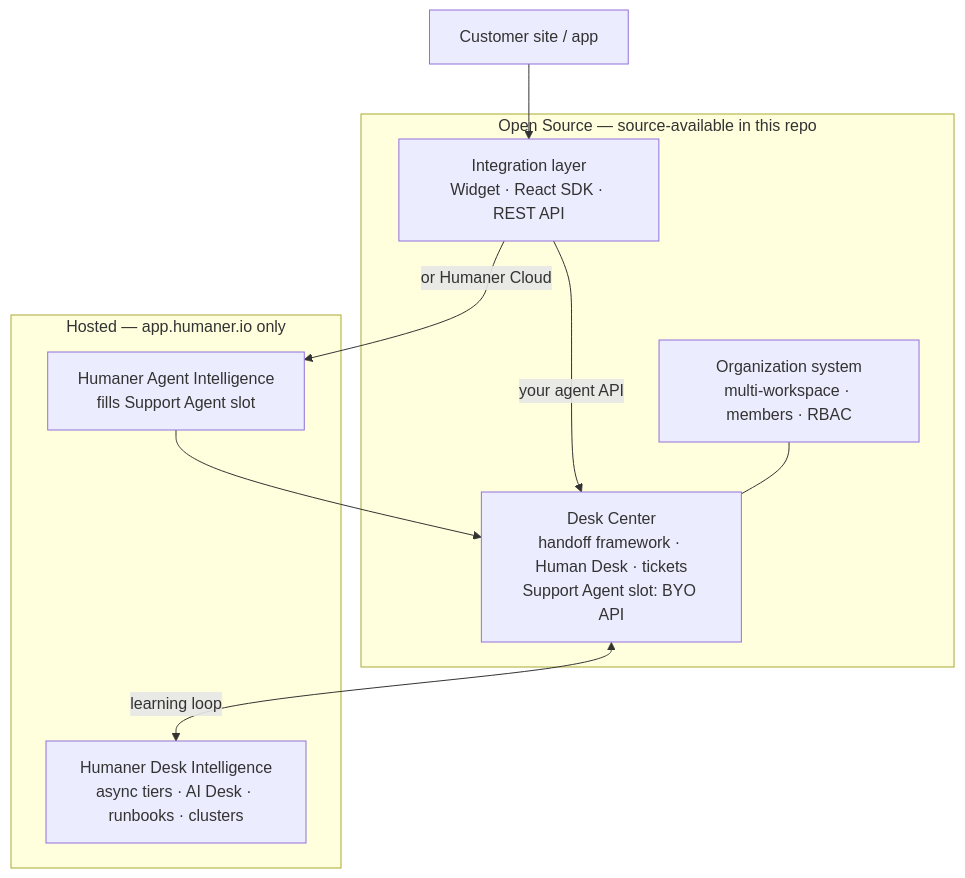
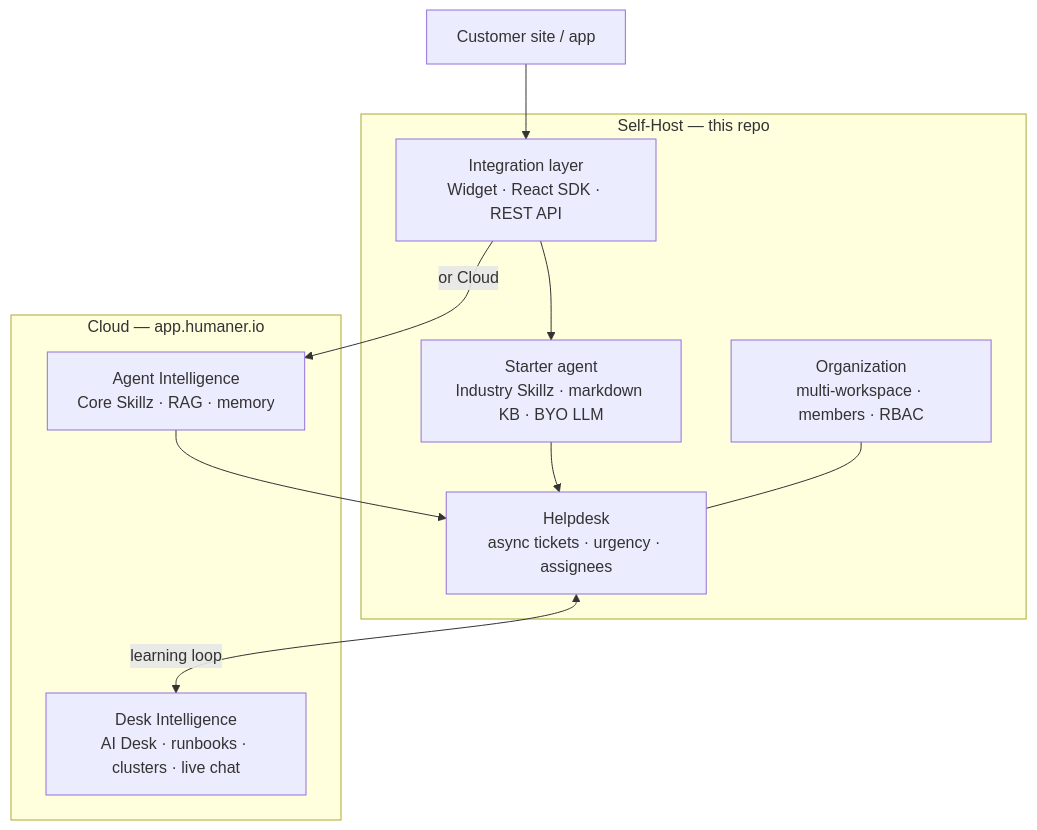
Before and after one commit to Humaner-inc/Humaner: the diagram in README.md, drawn with Mermaid. The commit also changed other lines of this file and 11 other files, not shown here.

Commit message:
self-hosted

````diff
--- a/README.md
+++ b/README.md
@@ -33,22 +35,24 @@
 ```mermaid
 flowchart TB
   SITE[Customer site / app]
 
-  subgraph OSS["Open Source — source-available in this repo"]
+  subgraph SH["Self-Host — this repo"]
     INT["Integration layer<br/>Widget · React SDK · REST API"]
-    ORG["Organization system<br/>multi-workspace · members · RBAC"]
-    DC["Desk Center<br/>handoff framework · Human Desk · tickets<br/>Support Agent slot: BYO API"]
+    ORG["Organization<br/>multi-workspace · members · RBAC"]
+    SA["Starter agent<br/>Industry Skillz · markdown KB · BYO LLM"]
+    HD["Helpdesk<br/>async tickets · urgency · assignees"]
   end
 
-  subgraph HOSTED["Hosted — app.humaner.io only"]
-    HAI["Humaner Agent Intelligence<br/>fills Support Agent slot"]
-    HDI["Humaner Desk Intelligence<br/>async tiers · AI Desk · runbooks · clusters"]
+  subgraph HOSTED["Cloud — app.humaner.io"]
+    HAI["Agent Intelligence<br/>Core Skillz · RAG · memory"]
+    HDI["Desk Intelligence<br/>AI Desk · runbooks · clusters · live chat"]
   end
 
   SITE --> INT
-  INT -->|your agent API| DC
-  INT -->|or Humaner Cloud| HAI
-  HAI --> DC
-  DC <-->|learning loop| HDI
-  ORG --- DC
+  INT --> SA
+  SA --> HD
+  INT -->|or Cloud| HAI
+  HAI --> HD
+  HD <-->|learning loop| HDI
+  ORG --- HD
 ```
````
